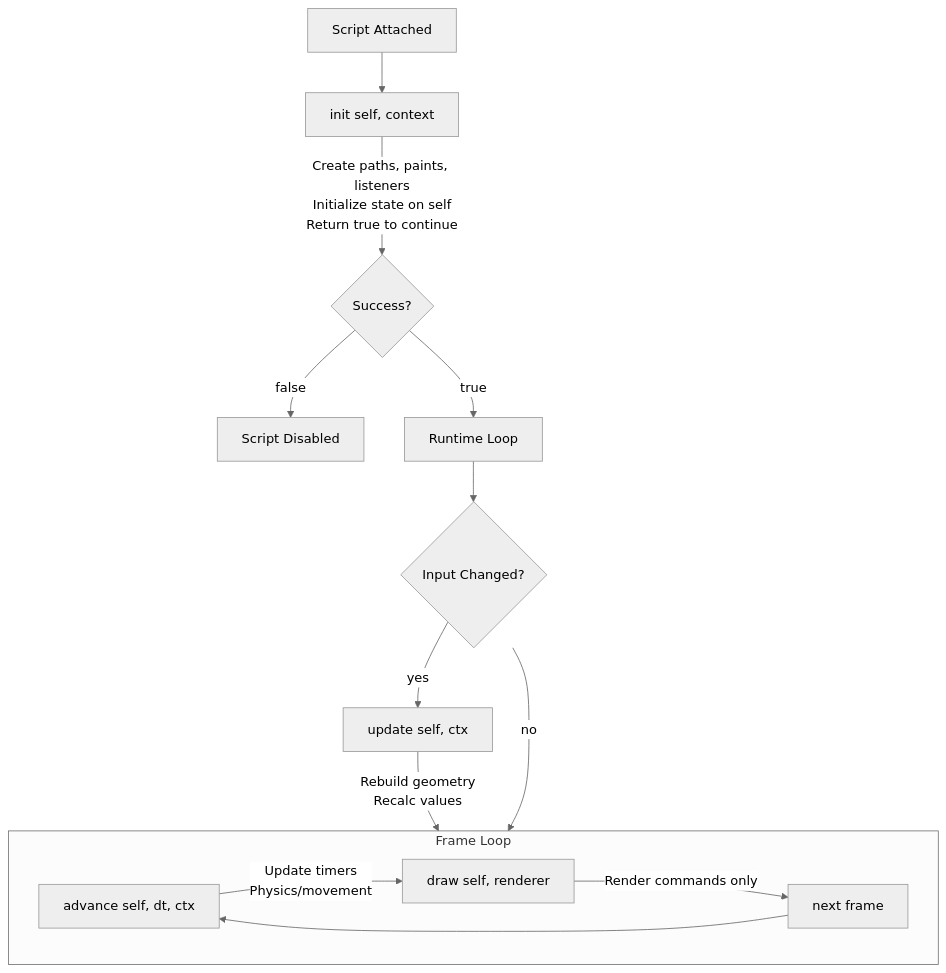
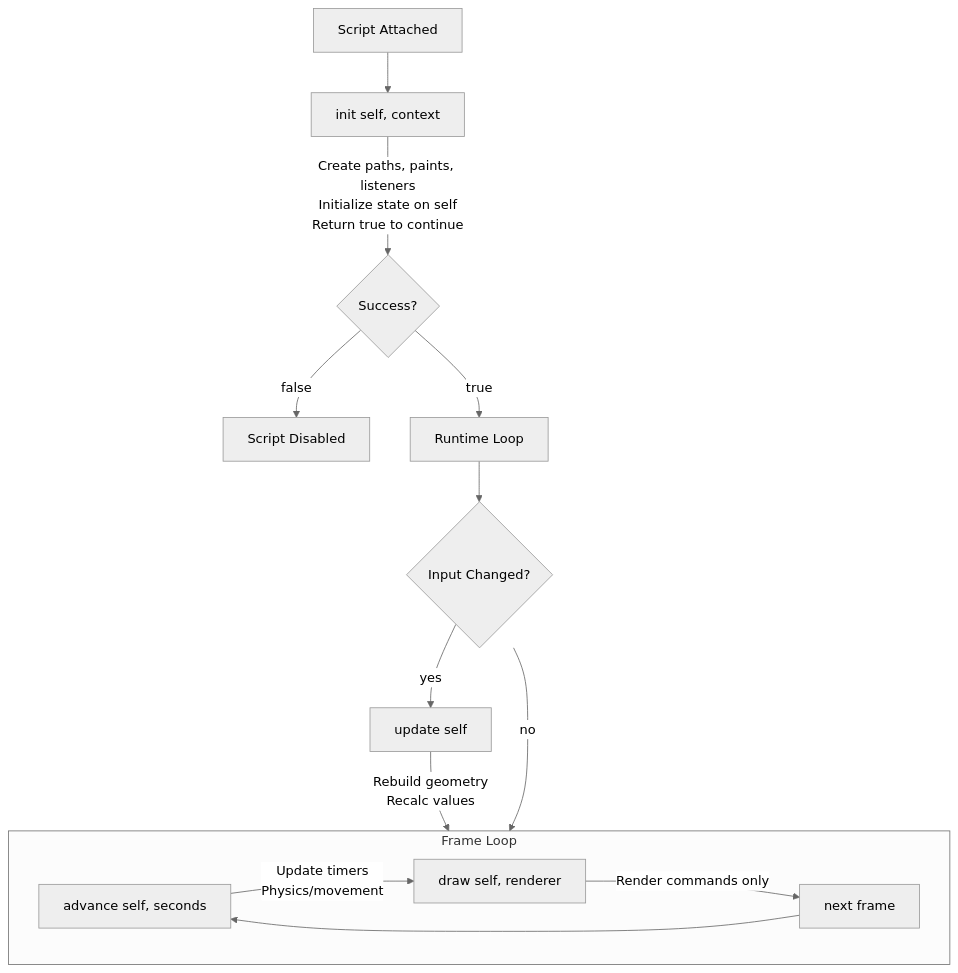
One commit to ivg-design/lerp changed the diagram in docs/rive/protocols/node-lifecycle.mdx. Above: the diagram before and after it, drawn with Mermaid (neutral theme). The commit also changed other lines of this file and 28 other files, not shown here.

````diff
--- a/docs/rive/protocols/node-lifecycle.mdx
+++ b/docs/rive/protocols/node-lifecycle.mdx
@@ -147,18 +147,18 @@
 ```mermaid
 flowchart TD
     A[Script Attached] --> B[init self, context]
     B --> |Create paths, paints, listeners<br/>Initialize state on self<br/>Return true to continue| C{Success?}
     C -->|false| D[Script Disabled]
     C -->|true| E[Runtime Loop]
 
     E --> F{Input Changed?}
-    F -->|yes| G[update self, ctx]
+    F -->|yes| G[update self]
     G --> |Rebuild geometry<br/>Recalc values| H
     F -->|no| H
 
     subgraph H[Frame Loop]
-        I[advance self, dt, ctx] --> |Update timers<br/>Physics/movement| J[draw self, renderer]
+        I[advance self, seconds] --> |Update timers<br/>Physics/movement| J[draw self, renderer]
         J --> |Render commands only| K[next frame]
         K --> I
     end
 ```
````
